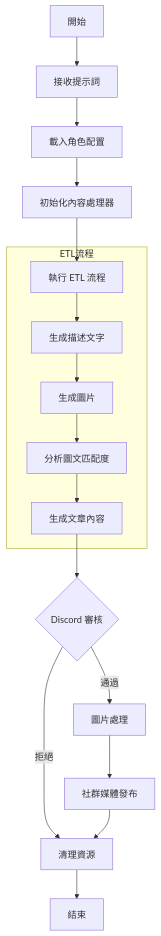
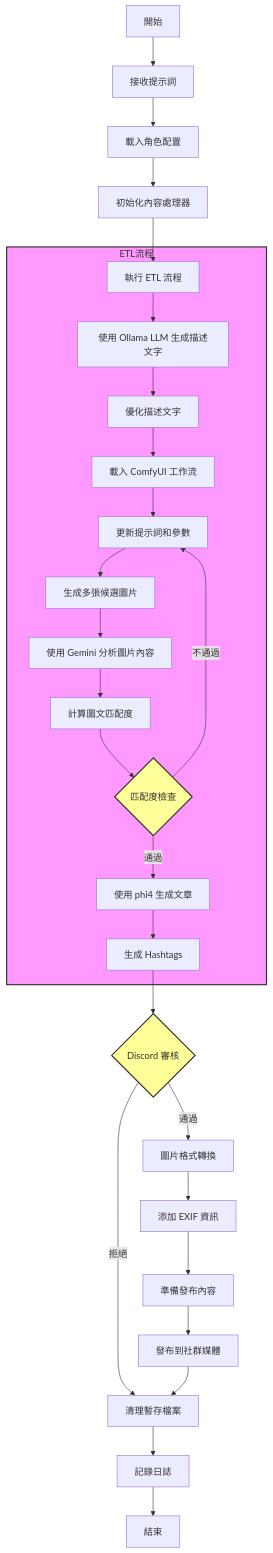
One commit to jaesm14774/mediaoverload changed the first of 3 diagrams in README.md. Above: the diagram before and after it, drawn with Mermaid. The commit also changed other lines of this file, not shown here.

````diff
--- a/README.md
+++ b/README.md
@@ -18,21 +110,35 @@
 ```mermaid
 graph TD
     A[開始] --> B[接收提示詞]
     B --> C[載入角色配置]
     C --> D[初始化內容處理器]
     D --> E[執行 ETL 流程]
     
     subgraph ETL流程
-        E --> F[生成描述文字]
-        F --> G[生成圖片]
-        G --> H[分析圖文匹配度]
-        H --> I[生成文章內容]
+        E --> F1[使用 Ollama LLM 生成描述文字]
+        F1 --> F2[優化描述文字]
+        F2 --> G1[載入 ComfyUI 工作流]
+        G1 --> G2[更新提示詞和參數]
+        G2 --> G3[生成多張候選圖片]
+        G3 --> H1[使用 Gemini 分析圖片內容]
+        H1 --> H2[計算圖文匹配度]
+        H2 --> H3{匹配度檢查}
+        H3 -->|不通過| G2
+        H3 -->|通過| I1[使用 phi4 生成文章]
+        I1 --> I2[生成 Hashtags]
     end
     
-    I --> J{Discord 審核}
-    J -->|通過| K[圖片處理]
-    K --> L[社群媒體發布]
-    J -->|拒絕| M[清理資源]
-    L --> M
-    M --> N[結束]
+    I2 --> J{Discord 審核}
+    J -->|拒絕| M1[清理暫存檔案]
+    J -->|通過| K1[圖片格式轉換]
+    K1 --> K2[添加 EXIF 資訊]
+    K2 --> L1[準備發布內容]
+    L1 --> L2[發布到社群媒體]
+    L2 --> M1
+    M1 --> M2[記錄日誌]
+    M2 --> N[結束]
+
+    style ETL流程 fill:#f9f,stroke:#333,stroke-width:2px
+    style H3 fill:#ff9,stroke:#333,stroke-width:2px
+    style J fill:#ff9,stroke:#333,stroke-width:2px
 ```
````
